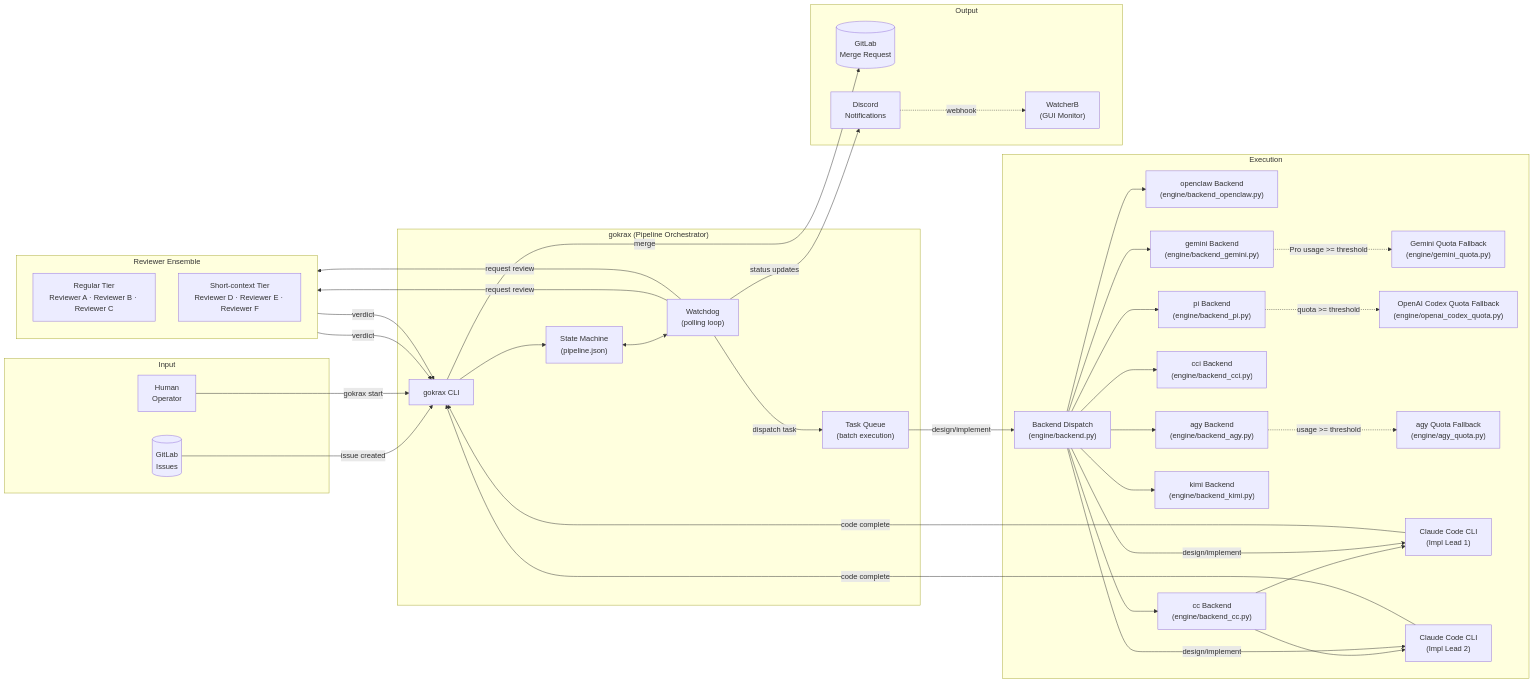
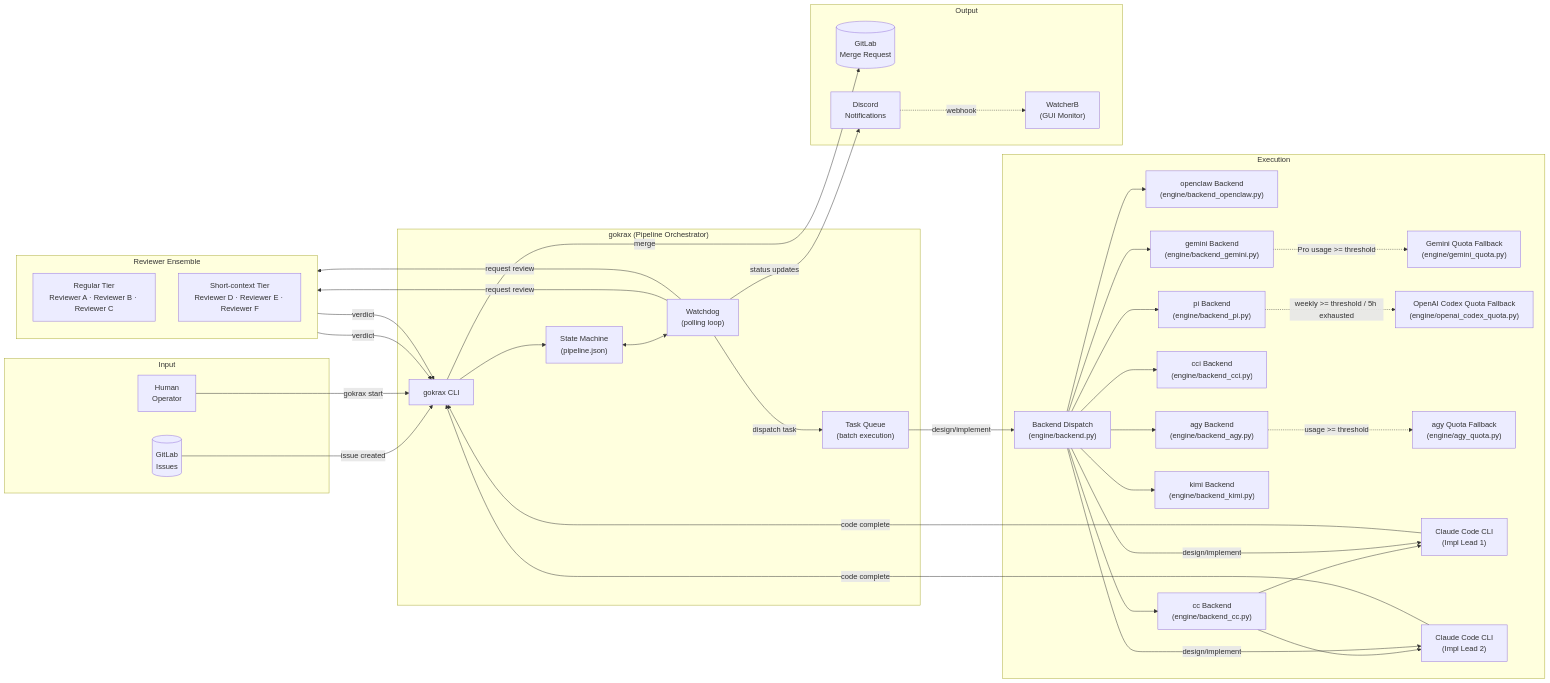
The first of 6 diagrams in docs/architecture.md (atakalive/gokrax), drawn with Mermaid before and after one commit. The commit also changed 12 other files, not shown here.

````diff
--- a/docs/architecture.md
+++ b/docs/architecture.md
@@ -7,72 +7,72 @@
 ```mermaid
 graph LR
     subgraph Input
         GL[("GitLab<br/>Issues")]
         Owner["Human<br/>Operator"]
     end
 
     subgraph gokrax["gokrax (Pipeline Orchestrator)"]
         CLI["gokrax CLI"]
         SM["State Machine<br/>(pipeline.json)"]
         WD["Watchdog<br/>(polling loop)"]
         TQ["Task Queue<br/>(batch execution)"]
     end
 
     subgraph Execution
         BD["Backend Dispatch<br/>(engine/backend.py)"]
         BE_OC["openclaw Backend<br/>(engine/backend_openclaw.py)"]
         BE_PI["pi Backend<br/>(engine/backend_pi.py)"]
         BE_CC["cc Backend<br/>(engine/backend_cc.py)"]
         BE_CCI["cci Backend<br/>(engine/backend_cci.py)"]
         BE_GM["gemini Backend<br/>(engine/backend_gemini.py)"]
         BE_KM["kimi Backend<br/>(engine/backend_kimi.py)"]
         BE_AGY["agy Backend<br/>(engine/backend_agy.py)"]
         QF_GM["Gemini Quota Fallback<br/>(engine/gemini_quota.py)"]
         QF_CDX["OpenAI Codex Quota Fallback<br/>(engine/openai_codex_quota.py)"]
         QF_AGY["agy Quota Fallback<br/>(engine/agy_quota.py)"]
         CC1["Claude Code CLI<br/>(Impl Lead 1)"]
         CC2["Claude Code CLI<br/>(Impl Lead 2)"]
         BD --> BE_OC
         BD --> BE_PI
         BD --> BE_CC
         BD --> BE_CCI
         BD --> BE_GM
         BD --> BE_KM
         BD --> BE_AGY
-        BE_PI -. quota >= threshold .-> QF_CDX
+        BE_PI -. weekly >= threshold / 5h exhausted .-> QF_CDX
         BE_GM -. Pro usage >= threshold .-> QF_GM
         BE_AGY -. usage >= threshold .-> QF_AGY
         BE_CC --> CC1
         BE_CC --> CC2
     end
 
     subgraph Review["Reviewer Ensemble"]
         direction TB
         R_REG["Regular Tier<br/>Reviewer A · Reviewer B · Reviewer C"]
         R_SHORT["Short-context Tier<br/>Reviewer D · Reviewer E · Reviewer F"]
     end
 
     subgraph Output
         MR[("GitLab<br/>Merge Request")]
         DC["Discord<br/>Notifications"]
         WB["WatcherB<br/>(GUI Monitor)"]
     end
 
     GL -->|"issue created"| CLI
     Owner -->|"gokrax start"| CLI
     CLI --> SM
     SM <--> WD
     WD -->|"dispatch task"| TQ
     TQ -->|"design/implement"| BD
     BD -->|"design/implement"| CC1
     BD -->|"design/implement"| CC2
     WD -->|"request review"| R_REG
     WD -->|"request review"| R_SHORT
     R_REG -->|"verdict"| CLI
     R_SHORT -->|"verdict"| CLI
     CC1 -->|"code complete"| CLI
     CC2 -->|"code complete"| CLI
     CLI -->|"merge"| MR
     WD -->|"status updates"| DC
     DC -.->|"webhook"| WB
 ```
````
